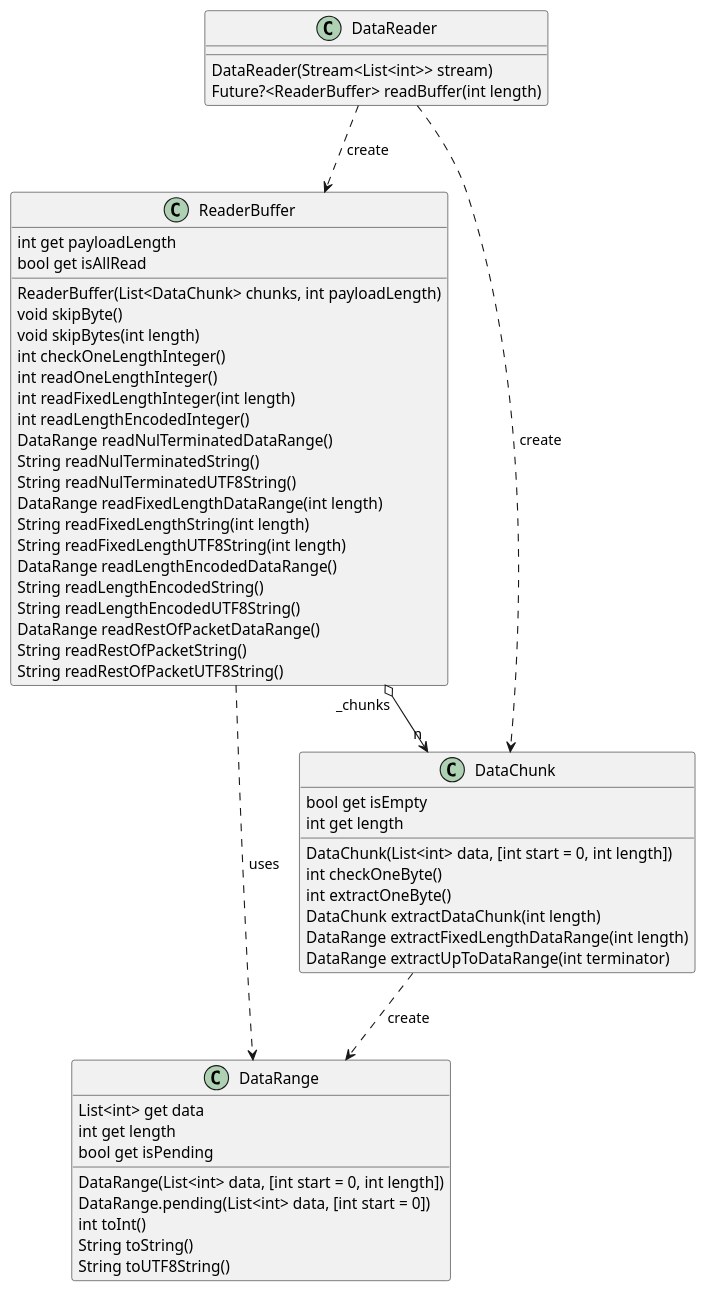
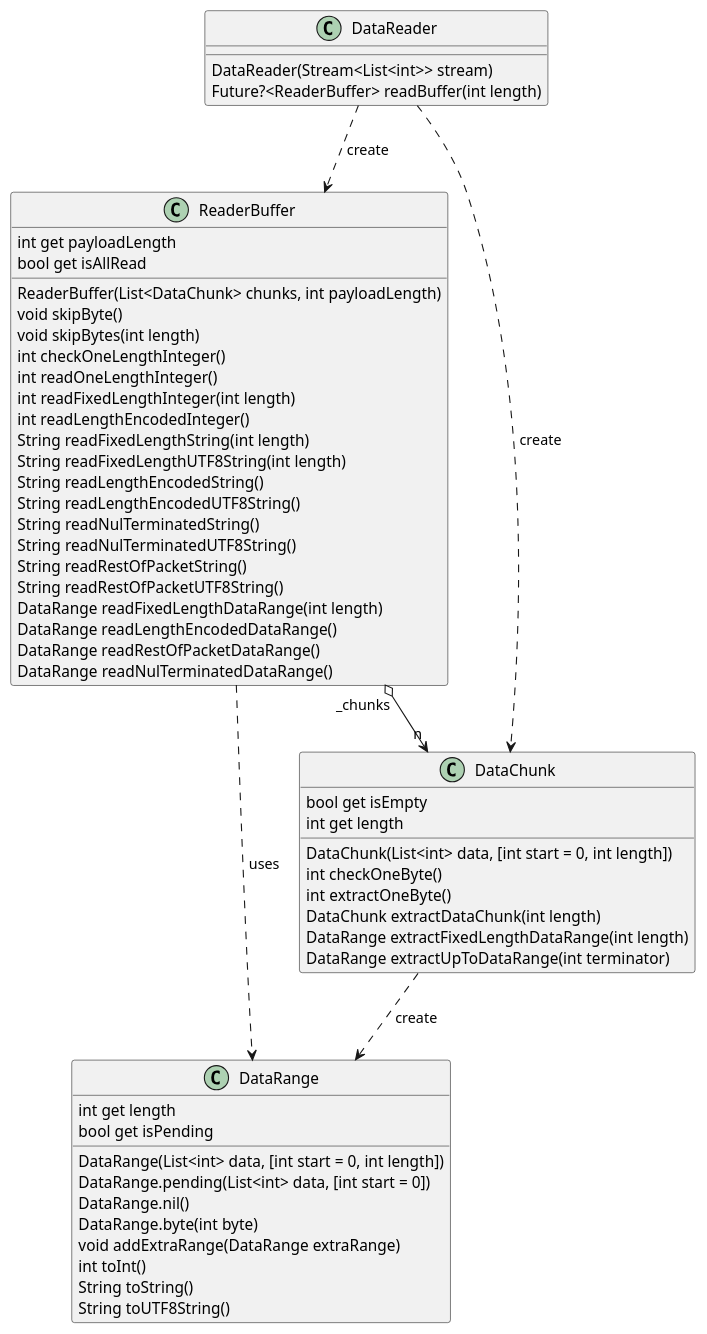
One commit to Silentdoer/mysql5_client changed the diagram in uml/class.puml. Above: the diagram before and after it, drawn with PlantUML. The commit also changed 5 other files, not shown here.

```diff
--- a/uml/class.puml
+++ b/uml/class.puml
@@ -1,60 +1,62 @@
 @startuml
 
 class DataReader {
     DataReader(Stream<List<int>> stream)
     Future?<ReaderBuffer> readBuffer(int length)
 }
 
 class ReaderBuffer {
     int get payloadLength
     bool get isAllRead
     ReaderBuffer(List<DataChunk> chunks, int payloadLength)
     void skipByte()
     void skipBytes(int length)
     int checkOneLengthInteger()
     int readOneLengthInteger()
     int readFixedLengthInteger(int length)
     int readLengthEncodedInteger()
-    DataRange readNulTerminatedDataRange()
+    String readFixedLengthString(int length)
+    String readFixedLengthUTF8String(int length)
+    String readLengthEncodedString()
+    String readLengthEncodedUTF8String()
     String readNulTerminatedString()
     String readNulTerminatedUTF8String()
-    DataRange readFixedLengthDataRange(int length)
-    String readFixedLengthString(int length)
-    String readFixedLengthUTF8String(int length)
-    DataRange readLengthEncodedDataRange()
-    String readLengthEncodedString()
-    String readLengthEncodedUTF8String()
-    DataRange readRestOfPacketDataRange()
     String readRestOfPacketString()
     String readRestOfPacketUTF8String()
+    DataRange readFixedLengthDataRange(int length)
+    DataRange readLengthEncodedDataRange()
+    DataRange readRestOfPacketDataRange()
+    DataRange readNulTerminatedDataRange()
 }
 
 class DataChunk {
     bool get isEmpty
     int get length
     DataChunk(List<int> data, [int start = 0, int length])
     int checkOneByte()
     int extractOneByte()
     DataChunk extractDataChunk(int length)
     DataRange extractFixedLengthDataRange(int length)
     DataRange extractUpToDataRange(int terminator)
 }
 
 class DataRange {
-    List<int> get data
     int get length
     bool get isPending
     DataRange(List<int> data, [int start = 0, int length])
     DataRange.pending(List<int> data, [int start = 0])
+    DataRange.nil()
+    DataRange.byte(int byte)
+    void addExtraRange(DataRange extraRange)
     int toInt()
     String toString()
     String toUTF8String()
 }
 
 DataChunk ..> DataRange : create
 ReaderBuffer ..> DataRange : uses
 ReaderBuffer "_chunks" o--> "n" DataChunk
 DataReader ..> DataChunk : create
 DataReader ..> ReaderBuffer : create
 
 @enduml
```
